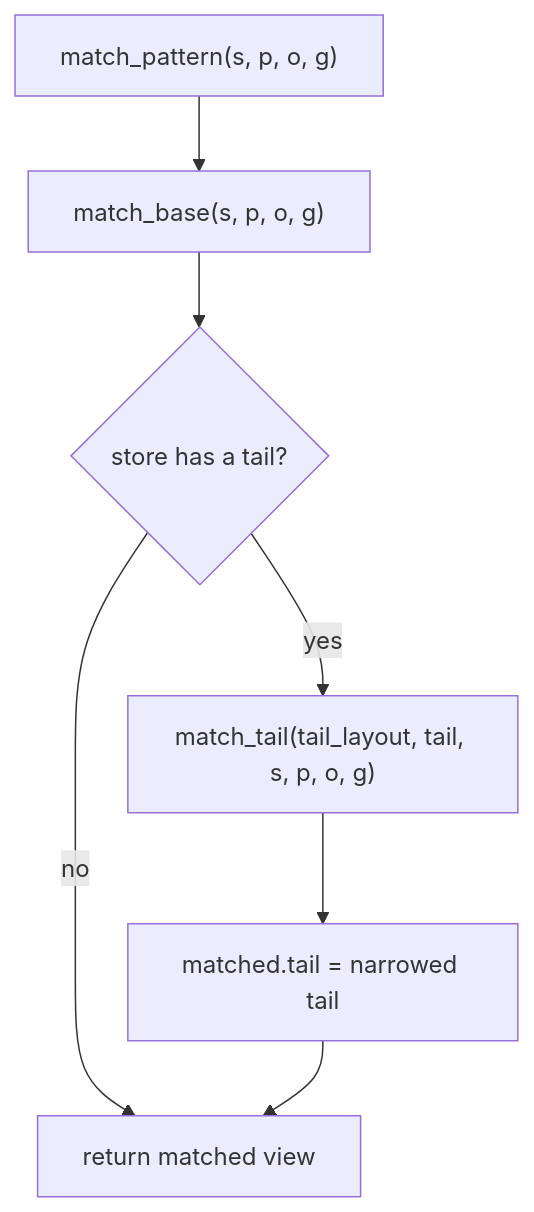
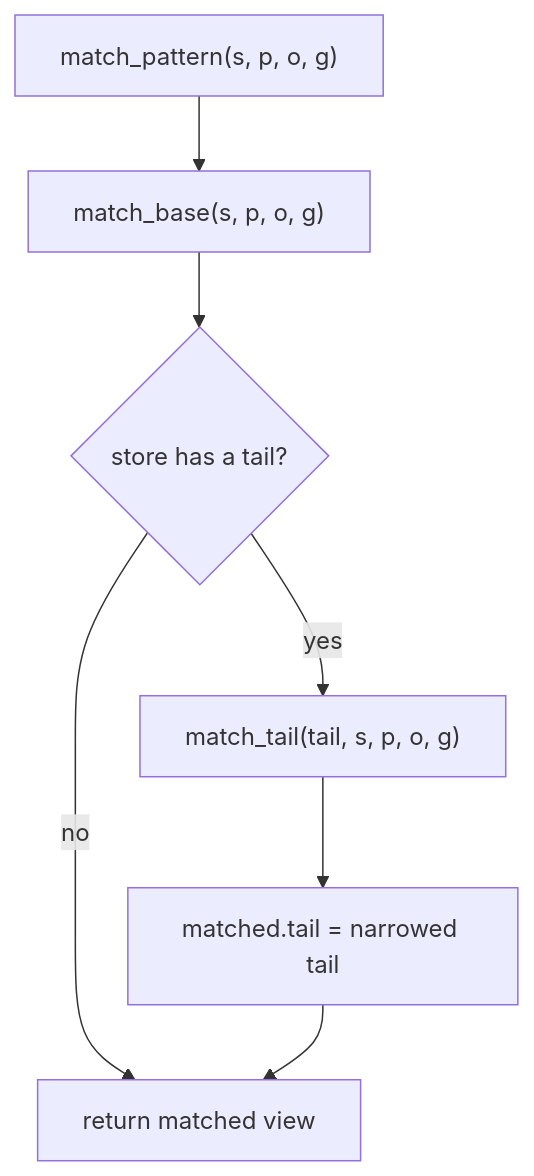
Before and after one commit to vortex-rdf/vortex-rdf: the first of 5 diagrams in docs/matching.md, drawn with Mermaid. The commit also changed other lines of this file and 22 other files, not shown here.

First line of the commit message:
refactor(store): one view-derivation API and a tail that owns its layout

````diff
--- a/docs/matching.md
+++ b/docs/matching.md
@@ -99,9 +99,9 @@
 ```mermaid
 flowchart TD
     A["match_pattern(s, p, o, g)"] --> B["match_base(s, p, o, g)"]
     B --> C{"store has a tail?"}
     C -- no --> D["return matched view"]
-    C -- yes --> E["match_tail(tail_layout, tail, s, p, o, g)"]
+    C -- yes --> E["match_tail(tail, s, p, o, g)"]
     E --> F["matched.tail = narrowed tail"]
     F --> D
 ```
````
